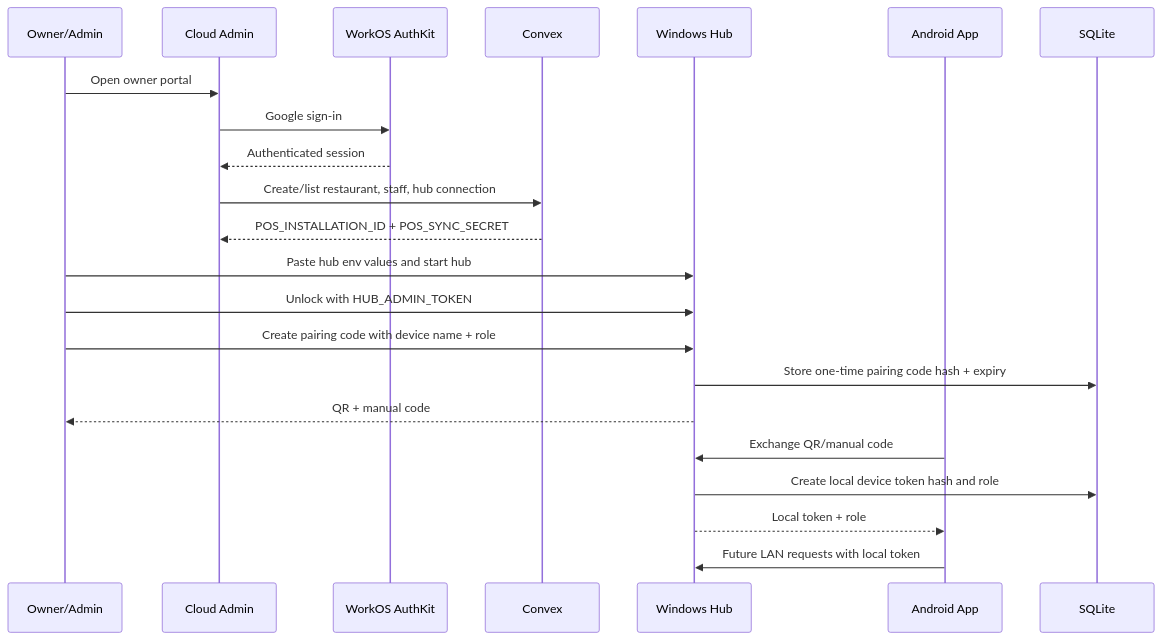
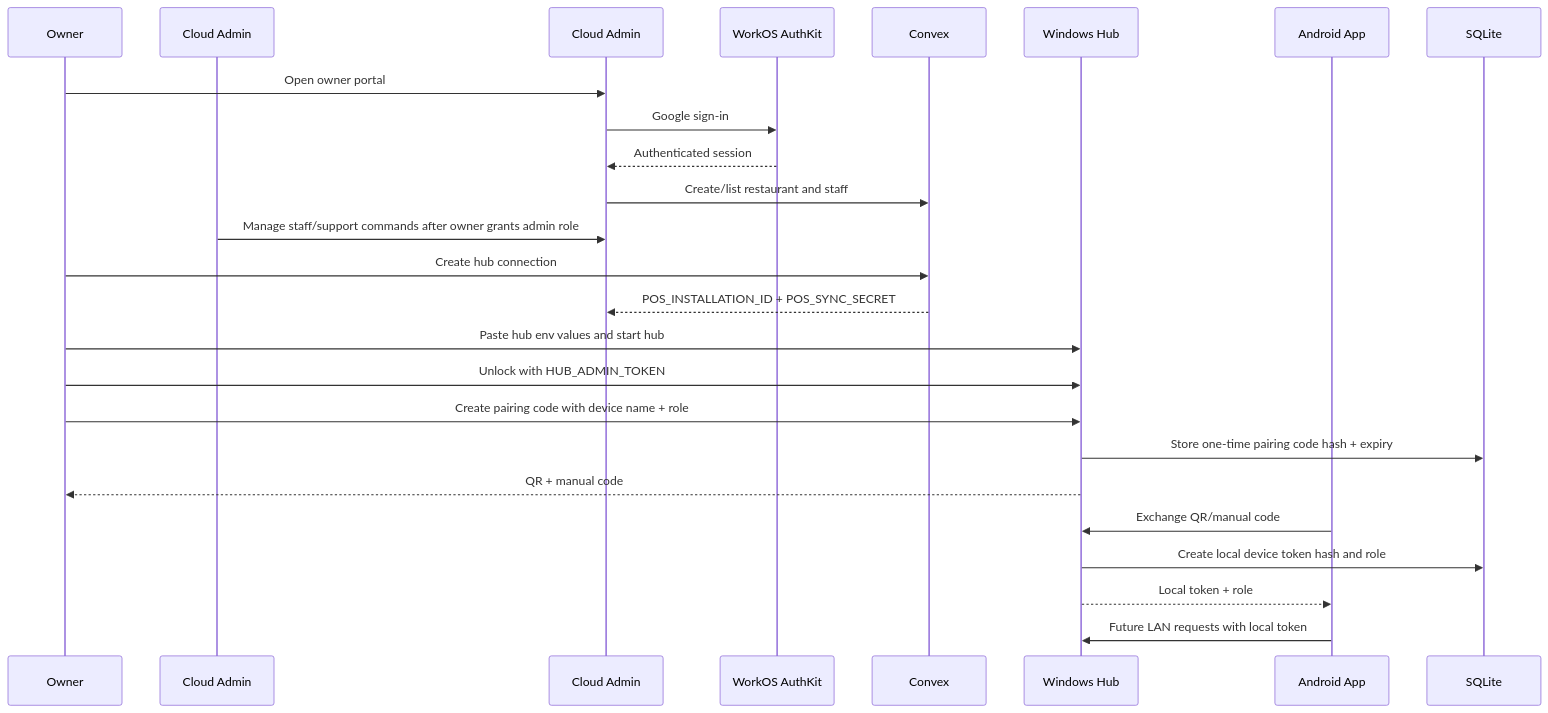
Before and after one commit to shubham909090/Open-POS: the third of 17 diagrams in flowchart.md, drawn with Mermaid. The commit also changed other lines of this file and 45 other files, not shown here.

Commit message:
Refactor Convex app and update related UI flows

````diff
--- a/flowchart.md
+++ b/flowchart.md
@@ -102,25 +103,28 @@
 ```mermaid
 sequenceDiagram
-  participant Owner as Owner/Admin
+  participant Owner as Owner
+  participant Admin as Cloud Admin
   participant Cloud as Cloud Admin
   participant WorkOS as WorkOS AuthKit
   participant Convex as Convex
   participant Hub as Windows Hub
   participant Phone as Android App
   participant DB as SQLite
 
   Owner->>Cloud: Open owner portal
   Cloud->>WorkOS: Google sign-in
   WorkOS-->>Cloud: Authenticated session
-  Cloud->>Convex: Create/list restaurant, staff, hub connection
+  Cloud->>Convex: Create/list restaurant and staff
+  Admin->>Cloud: Manage staff/support commands after owner grants admin role
+  Owner->>Convex: Create hub connection
   Convex-->>Cloud: POS_INSTALLATION_ID + POS_SYNC_SECRET
   Owner->>Hub: Paste hub env values and start hub
   Owner->>Hub: Unlock with HUB_ADMIN_TOKEN
   Owner->>Hub: Create pairing code with device name + role
   Hub->>DB: Store one-time pairing code hash + expiry
   Hub-->>Owner: QR + manual code
   Phone->>Hub: Exchange QR/manual code
   Hub->>DB: Create local device token hash and role
   Hub-->>Phone: Local token + role
   Phone->>Hub: Future LAN requests with local token
 ```
````
